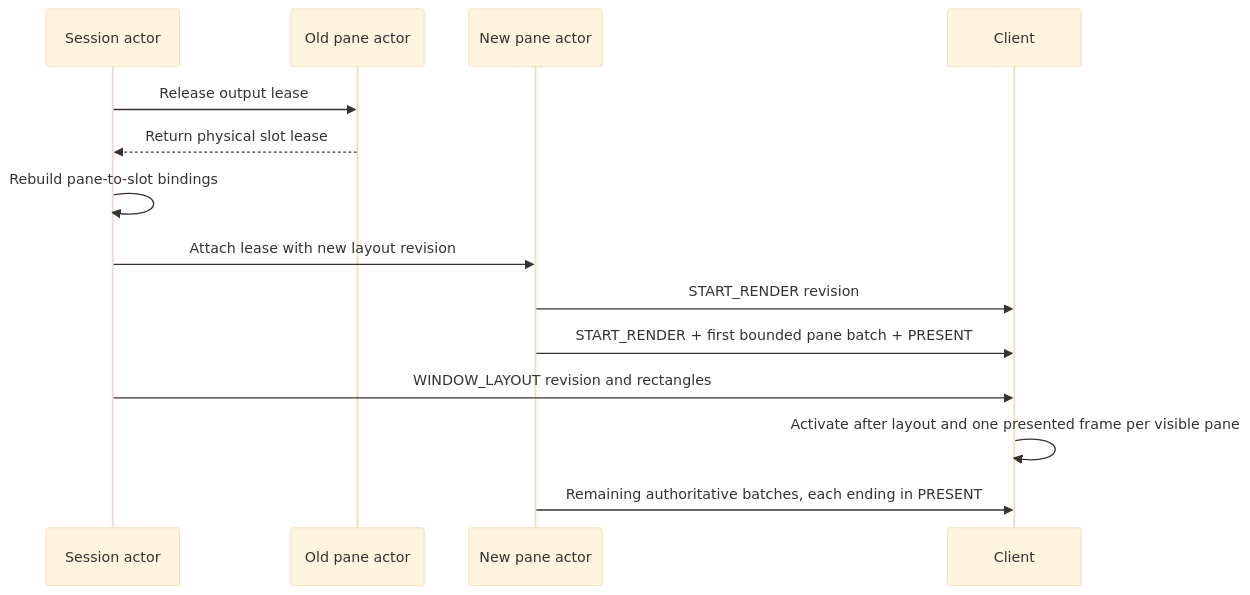
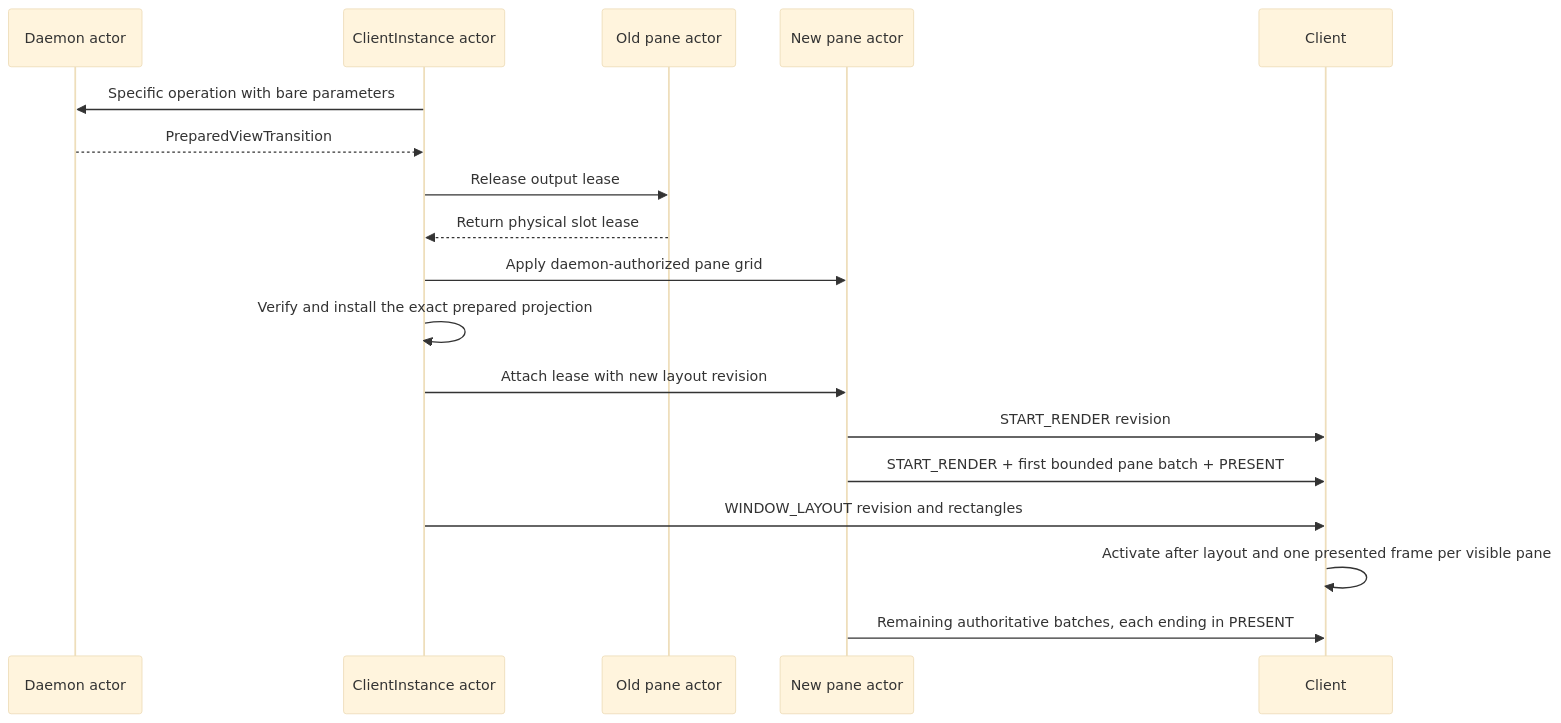
The sixth of 8 diagrams in ARCHITECTURE.md (garindra/meja), drawn with Mermaid (base theme) before and after one commit. The commit also changed other lines of this file and 56 other files, not shown here.

````diff
--- a/ARCHITECTURE.md
+++ b/ARCHITECTURE.md
@@ -759,17 +916,21 @@
 ```mermaid
 sequenceDiagram
-    participant S as Session actor
+    participant D as Daemon actor
+    participant S as ClientInstance actor
     participant O as Old pane actor
     participant N as New pane actor
     participant C as Client
 
+    S->>D: Specific operation with bare parameters
+    D-->>S: PreparedViewTransition
     S->>O: Release output lease
     O-->>S: Return physical slot lease
-    S->>S: Rebuild pane-to-slot bindings
+    S->>N: Apply daemon-authorized pane grid
+    S->>S: Verify and install the exact prepared projection
     S->>N: Attach lease with new layout revision
     N->>C: START_RENDER revision
     N->>C: START_RENDER + first bounded pane batch + PRESENT
     S->>C: WINDOW_LAYOUT revision and rectangles
     C->>C: Activate after layout and one presented frame per visible pane
     N->>C: Remaining authoritative batches, each ending in PRESENT
 ```
````
